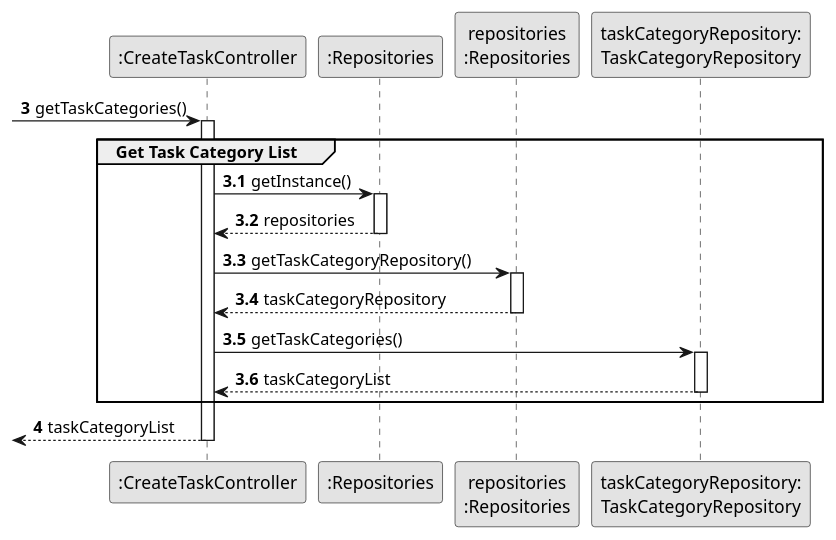
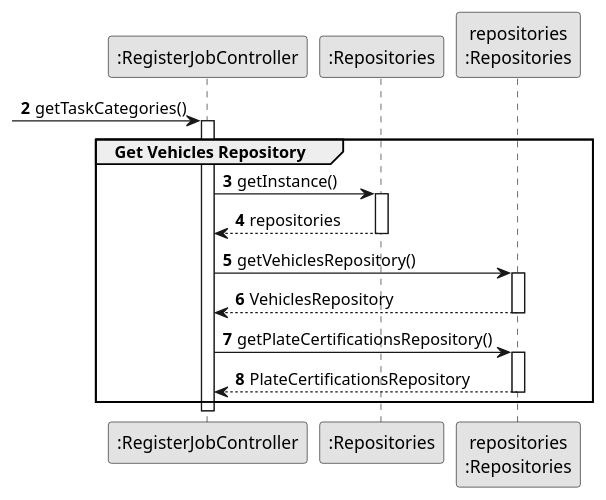
The diagram in docs/sprint2/us006/03.design/puml/us006-sequence-diagram-partial-get-vehicles-repository.puml (1231360-ISEP/lei-24-s2-1db-g021), drawn with PlantUML before and after one commit. The commit also changed 11 other files, not shown here.

Commit message:
US6 - update in general all diagrams including split diagrams and rename some files

```diff
--- a/docs/sprint2/us006/03.design/puml/us006-sequence-diagram-partial-get-vehicles-repository.puml
+++ b/docs/sprint2/us006/03.design/puml/us006-sequence-diagram-partial-get-vehicles-repository.puml
@@ -1,48 +1,42 @@
 @startuml
 skinparam monochrome true
 skinparam packageStyle rectangle
 skinparam shadowing false
 
 autonumber
 
-'hide footbox
-
-participant ":CreateTaskController" as CTRL
+participant ":RegisterJobController" as CTRL
 participant ":Repositories" as RepositorySingleton
 participant "repositories\n:Repositories" as PLAT
-participant "taskCategoryRepository:\nTaskCategoryRepository" as TaskCategoryRepository
 
-autonumber 3
+autonumber 2
 
  -> CTRL : getTaskCategories()
-autonumber 3.1
+autonumber 3
 activate CTRL
-    group Get Task Category List
+    group Get Vehicles Repository
 
+        CTRL -> RepositorySingleton : getInstance()
+        activate RepositorySingleton
 
-            CTRL -> RepositorySingleton : getInstance()
-            activate RepositorySingleton
+        RepositorySingleton --> CTRL: repositories
+        deactivate RepositorySingleton
 
-                RepositorySingleton --> CTRL: repositories
-            deactivate RepositorySingleton
+        CTRL -> PLAT : getVehiclesRepository()
+        activate PLAT
 
-            CTRL -> PLAT : getTaskCategoryRepository()
-            activate PLAT
+        PLAT --> CTRL: VehiclesRepository
+        deactivate PLAT
 
-                PLAT --> CTRL: taskCategoryRepository
-            deactivate PLAT
+        CTRL -> PLAT : getPlateCertificationsRepository()
 
-            CTRL -> TaskCategoryRepository : getTaskCategories()
-            activate TaskCategoryRepository
+        activate PLAT
 
-                TaskCategoryRepository --> CTRL : taskCategoryList
-            deactivate TaskCategoryRepository
-
+        PLAT --> CTRL: PlateCertificationsRepository
+        deactivate PLAT
 
     end
-    autonumber 4
-    <-- CTRL  : taskCategoryList
 deactivate CTRL
 
 
 @enduml
```
